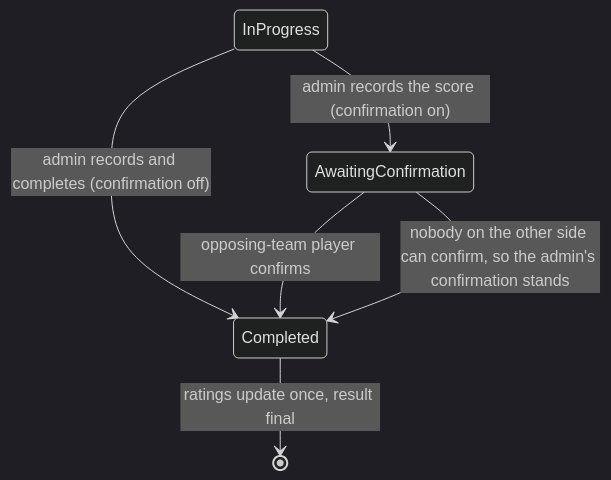
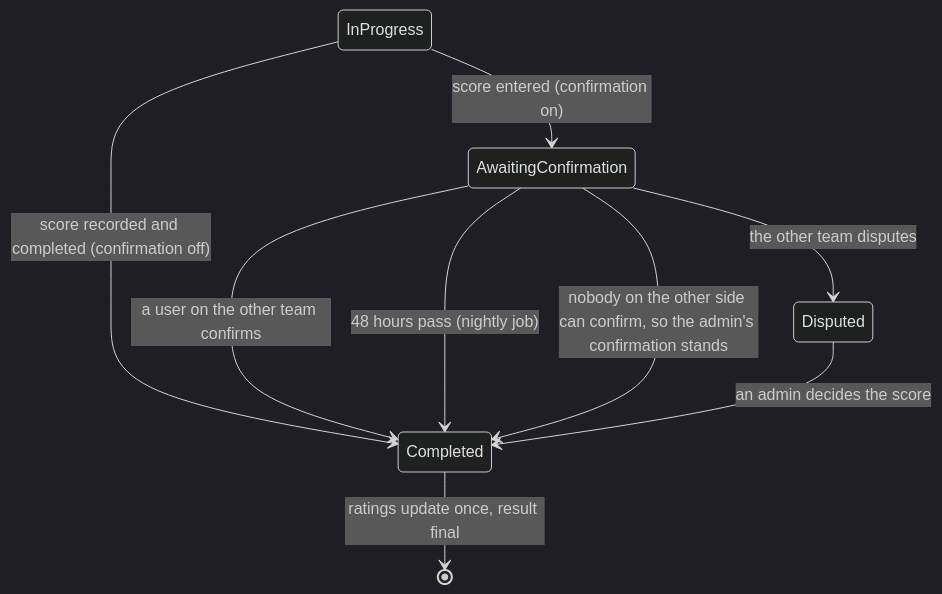
The fifth of 5 diagrams in specs/master/03-journeys.md (WeeDevvo/PitchMate), drawn with Mermaid (dark theme) before and after one commit. The commit also changed other lines of this file and 9 other files, not shown here.

````diff
--- a/specs/master/03-journeys.md
+++ b/specs/master/03-journeys.md
@@ -174,8 +178,11 @@
 ```mermaid
 stateDiagram-v2
-  InProgress --> AwaitingConfirmation: admin records the score (confirmation on)
-  InProgress --> Completed: admin records and completes (confirmation off)
-  AwaitingConfirmation --> Completed: opposing-team player confirms
+  InProgress --> AwaitingConfirmation: score entered (confirmation on)
+  InProgress --> Completed: score recorded and completed (confirmation off)
+  AwaitingConfirmation --> Completed: a user on the other team confirms
+  AwaitingConfirmation --> Completed: 48 hours pass (nightly job)
   AwaitingConfirmation --> Completed: nobody on the other side can confirm, so the admin's confirmation stands
+  AwaitingConfirmation --> Disputed: the other team disputes
+  Disputed --> Completed: an admin decides the score
   Completed --> [*]: ratings update once, result final
 ```
````
